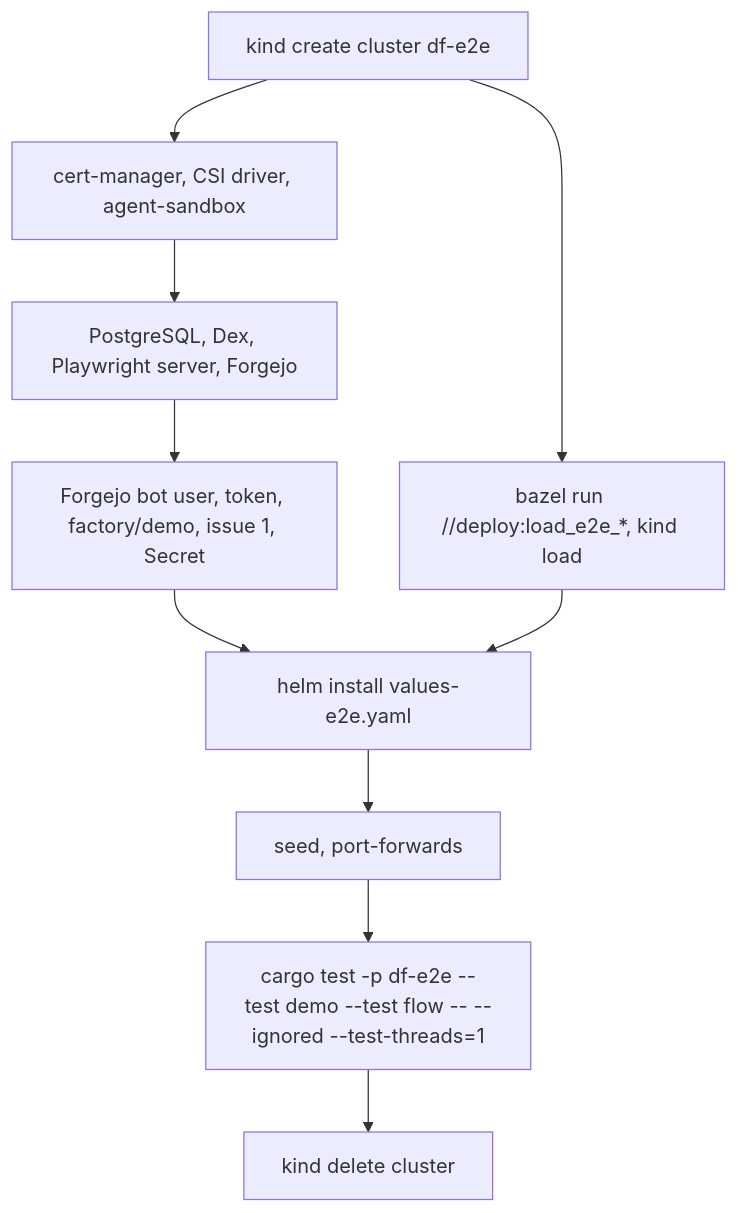
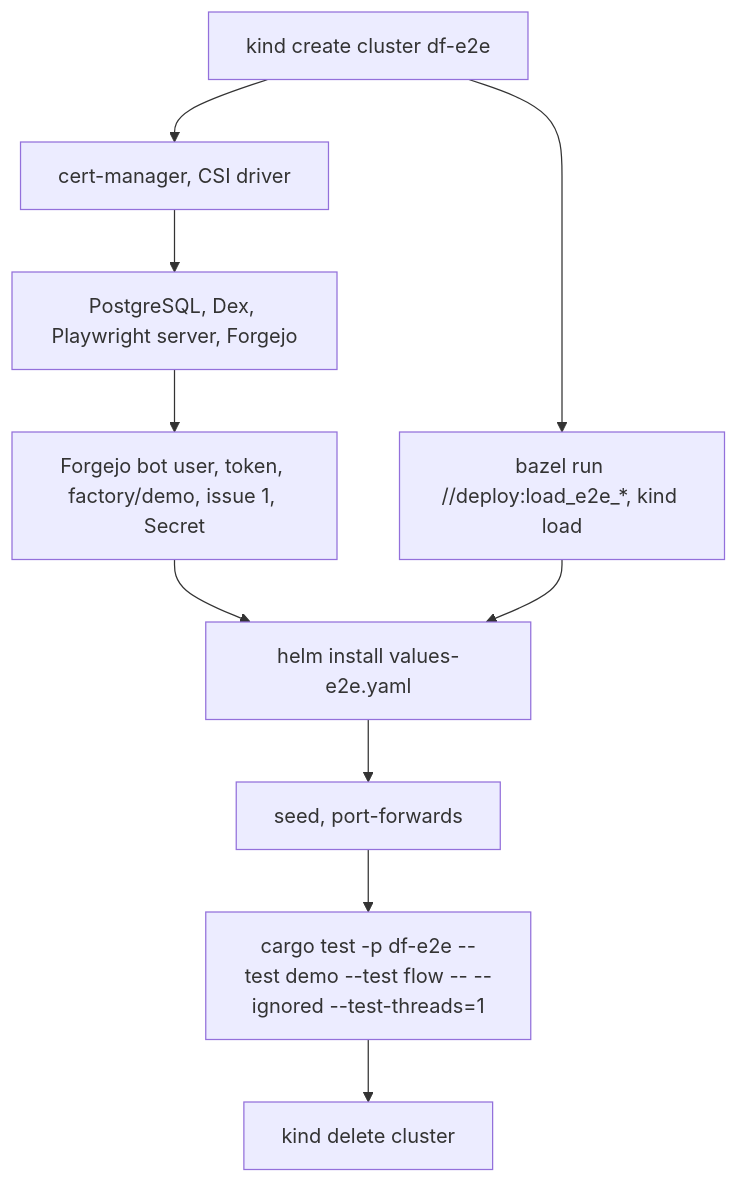
One commit to prskr/dark-factory changed the diagram in docs/demo.md. Above: the diagram before and after it, drawn with Mermaid. The commit also changed other lines of this file and 38 other files, not shown here.

First line of the commit message:
refactor(k8s-plain-pod-sandboxes): run each sandbox as a plain Pod instead of an agent-sandbox Sandbox

````diff
--- a/docs/demo.md
+++ b/docs/demo.md
@@ -27,12 +27,12 @@
 ```mermaid
 flowchart TD
-    A[kind create cluster df-e2e] --> B[cert-manager, CSI driver, agent-sandbox]
+    A[kind create cluster df-e2e] --> B[cert-manager, CSI driver]
     A --> I[bazel run //deploy:load_e2e_*, kind load]
     B --> C[PostgreSQL, Dex, Playwright server, Forgejo]
     C --> D[Forgejo bot user, token, factory/demo, issue 1, Secret]
     D --> E[helm install values-e2e.yaml]
     I --> E
     E --> F[seed, port-forwards]
     F --> G["cargo test -p df-e2e --test demo --test flow -- --ignored --test-threads=1"]
     G --> H[kind delete cluster]
 ```
````
